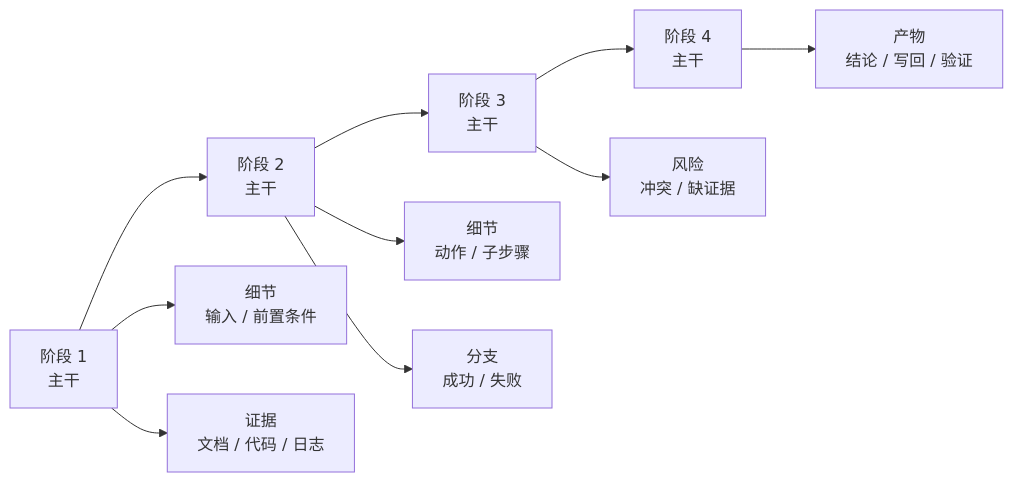
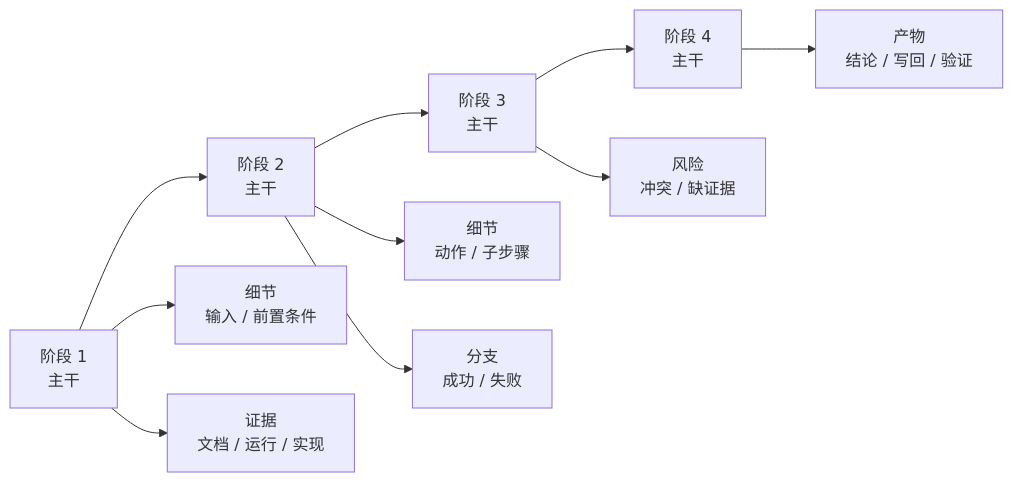
Before and after one commit to nds15763/workskills: the fourth of 11 diagrams in problem-review-mapper/SKILL.md, drawn with Mermaid. The commit also changed other lines of this file and 7 other files, not shown here.

````diff
--- a/problem-review-mapper/SKILL.md
+++ b/problem-review-mapper/SKILL.md
@@ -121,11 +123,11 @@
 ```mermaid
 flowchart LR
   S1["阶段 1<br/>主干"] --> S2["阶段 2<br/>主干"] --> S3["阶段 3<br/>主干"] --> S4["阶段 4<br/>主干"]
 
   S1 --> S1a["细节<br/>输入 / 前置条件"]
-  S1 --> S1b["证据<br/>文档 / 代码 / 日志"]
+  S1 --> S1b["证据<br/>文档 / 运行 / 实现"]
   S2 --> S2a["细节<br/>动作 / 子步骤"]
   S2 --> S2b["分支<br/>成功 / 失败"]
   S3 --> S3a["风险<br/>冲突 / 缺证据"]
   S4 --> S4a["产物<br/>结论 / 写回 / 验证"]
 ```
````
